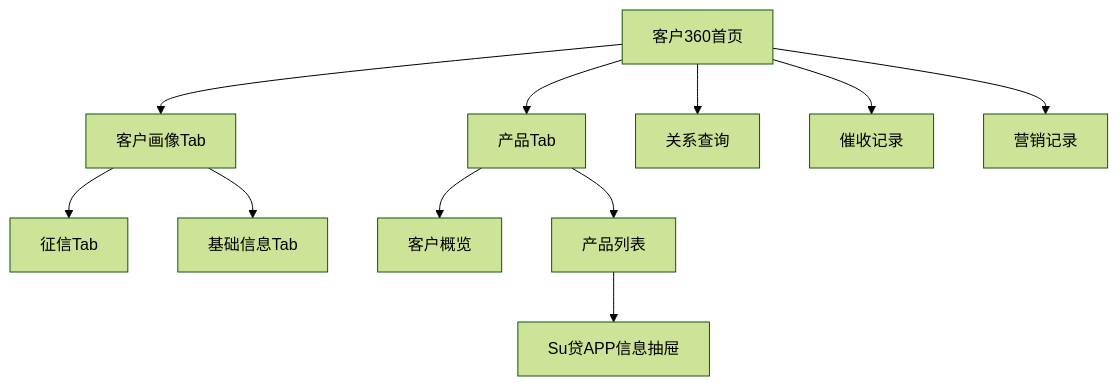
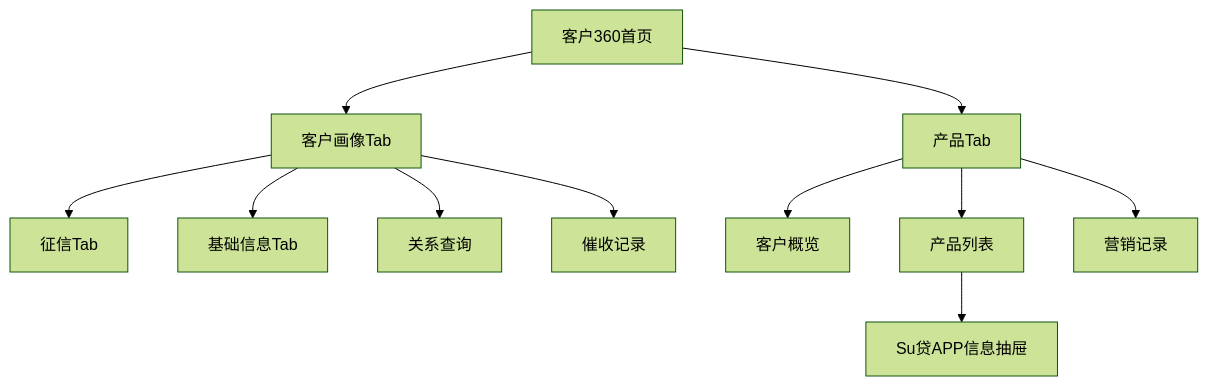
The diagram in .trae/documents/customer360_requirements.md (wenbo0527/data_community), drawn with Mermaid (forest theme) before and after one commit. The commit also changed other lines of this file and 162 other files, not shown here.

Commit message:
备份：还原营销画布前的完整代码状态，包含客户360、指标管理、数据地图等功能

````diff
--- a/.trae/documents/customer360_requirements.md
+++ b/.trae/documents/customer360_requirements.md
@@ -1312,13 +1785,13 @@
 ```mermaid
 graph TD
   A[客户360首页] --> B[客户画像Tab]
   A --> C[产品Tab]
   B --> D[征信Tab]
   B --> E[基础信息Tab]
   C --> F[客户概览]
   C --> G[产品列表]
   G --> H[Su贷APP信息抽屉]
-  A --> I[关系查询]
-  A --> J[催收记录]
-  A --> K[营销记录]
+  B --> I[关系查询]
+  B --> J[催收记录]
+  C --> K[营销记录]
 ```
````
